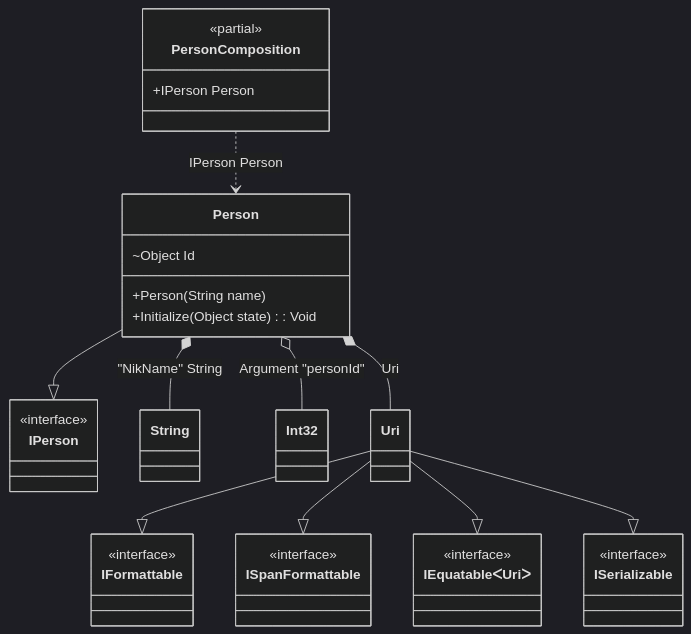
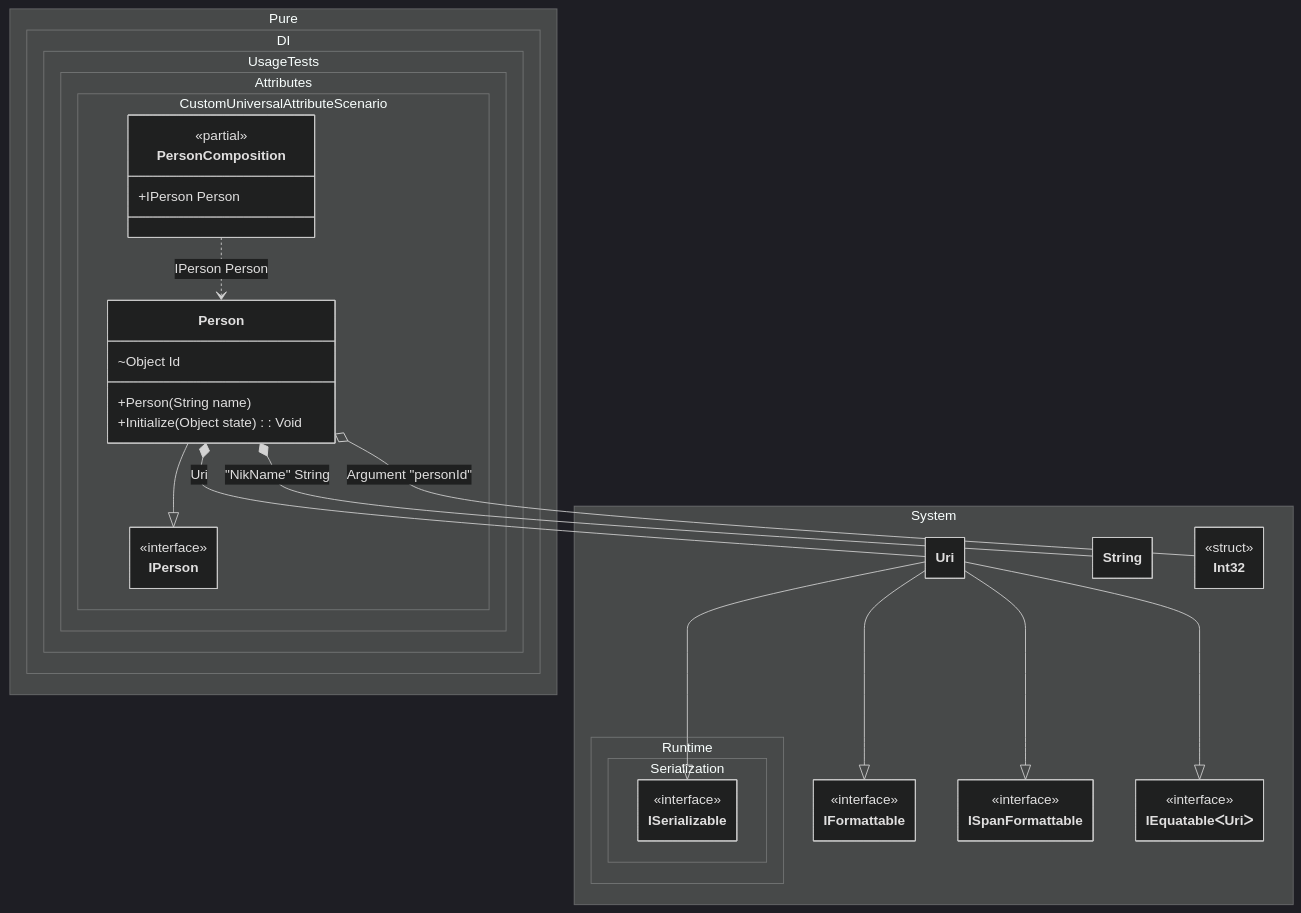
One commit to DevTeam/Pure.DI changed the diagram in readme/custom-universal-attribute.md. Above: the diagram before and after it, drawn with Mermaid (dark theme). The commit also changed 103 other files, not shown here.

Commit message:
Improved class diagrams

````diff
--- a/readme/custom-universal-attribute.md
+++ b/readme/custom-universal-attribute.md
@@ -88,39 +88,54 @@
 ```mermaid
+---
+ config:
+  class:
+   hideEmptyMembersBox: true
+---
 classDiagram
-	class PersonComposition {
-		<<partial>>
-		+IPerson Person
-	}
 	Person --|> IPerson
-	class Person {
-		+Person(String name)
-		~Object Id
-		+Initialize(Object state) : Void
-	}
-	class String
-	class Int32
 	Uri --|> IFormattable
 	Uri --|> ISpanFormattable
 	Uri --|> IEquatableᐸUriᐳ
 	Uri --|> ISerializable
-	class Uri
-	class IPerson {
-		<<interface>>
-	}
-	class IFormattable {
-		<<interface>>
-	}
-	class ISpanFormattable {
-		<<interface>>
-	}
-	class IEquatableᐸUriᐳ {
-		<<interface>>
-	}
-	class ISerializable {
-		<<interface>>
-	}
 	PersonComposition ..> Person : IPerson Person
 	Person *--  String : "NikName"  String
 	Person o-- Int32 : Argument "personId"
 	Person *--  Uri : Uri
+	namespace Pure.DI.UsageTests.Attributes.CustomUniversalAttributeScenario {
+		class IPerson {
+			<<interface>>
+		}
+		class Person {
+			+Person(String name)
+			~Object Id
+			+Initialize(Object state) : Void
+		}
+		class PersonComposition {
+		<<partial>>
+		+IPerson Person
+		}
+	}
+	namespace System {
+		class IEquatableᐸUriᐳ {
+			<<interface>>
+		}
+		class IFormattable {
+			<<interface>>
+		}
+		class Int32 {
+				<<struct>>
+		}
+		class ISpanFormattable {
+			<<interface>>
+		}
+		class String {
+		}
+		class Uri {
+		}
+	}
+	namespace System.Runtime.Serialization {
+		class ISerializable {
+			<<interface>>
+		}
+	}
 ```
````
